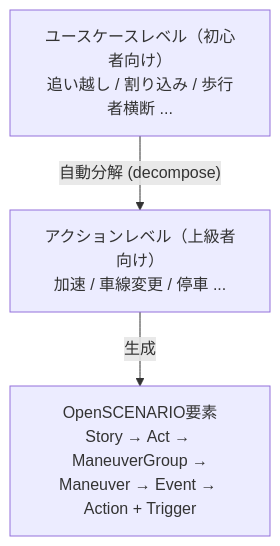
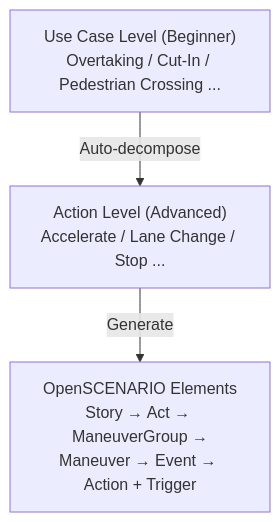
Before and after one commit to GT-karny/GT-OpenSCENARIOEditor: the third of 7 diagrams in docs/ARCHITECTURE.md, drawn with Mermaid. The commit also changed other lines of this file and 7 other files, not shown here.

````diff
--- a/docs/ARCHITECTURE.md
+++ b/docs/ARCHITECTURE.md
@@ -205,9 +216,9 @@
 ```mermaid
 graph TD
-  UC["ユースケースレベル（初心者向け）\n追い越し / 割り込み / 歩行者横断 ..."]
-  AC["アクションレベル（上級者向け）\n加速 / 車線変更 / 停車 ..."]
-  OSC["OpenSCENARIO要素\nStory → Act → ManeuverGroup →\nManeuver → Event → Action + Trigger"]
+  UC["Use Case Level (Beginner)\nOvertaking / Cut-In / Pedestrian Crossing ..."]
+  AC["Action Level (Advanced)\nAccelerate / Lane Change / Stop ..."]
+  OSC["OpenSCENARIO Elements\nStory → Act → ManeuverGroup →\nManeuver → Event → Action + Trigger"]
 
-  UC -- "自動分解 (decompose)" --> AC
-  AC -- "生成" --> OSC
+  UC -- "Auto-decompose" --> AC
+  AC -- "Generate" --> OSC
 ```
````
